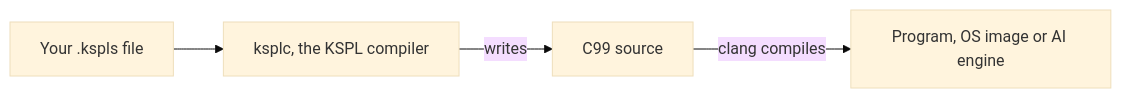
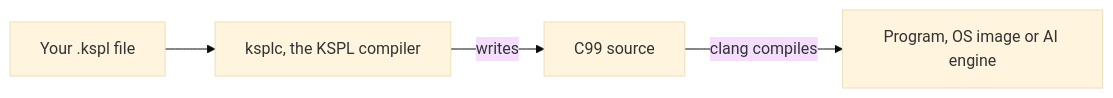
The diagram in README.md (kansosystem-org/kspl-experimental), drawn with Mermaid (base theme) before and after one commit. The commit also changed other lines of this file and 1422 other files, not shown here.

````diff
--- a/README.md
+++ b/README.md
@@ -20,6 +20,6 @@
 ```mermaid
 flowchart LR
-    KSPL[Your .kspls file] --> Compiler[ksplc, the KSPL compiler]
+    KSPL[Your .kspl file] --> Compiler[ksplc, the KSPL compiler]
     Compiler -->|writes| C[C99 source]
     C -->|clang compiles| Bin[Program, OS image or AI engine]
 ```
````
